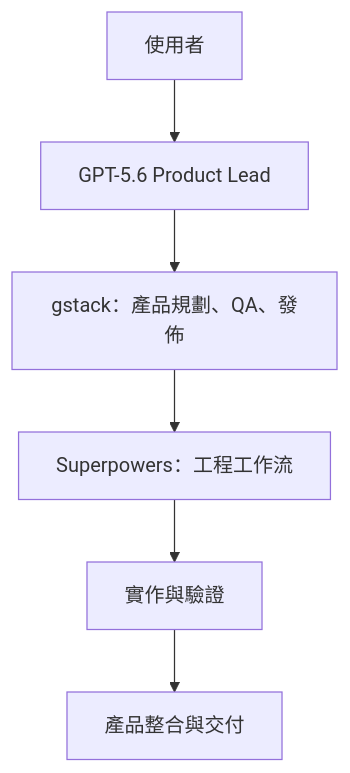
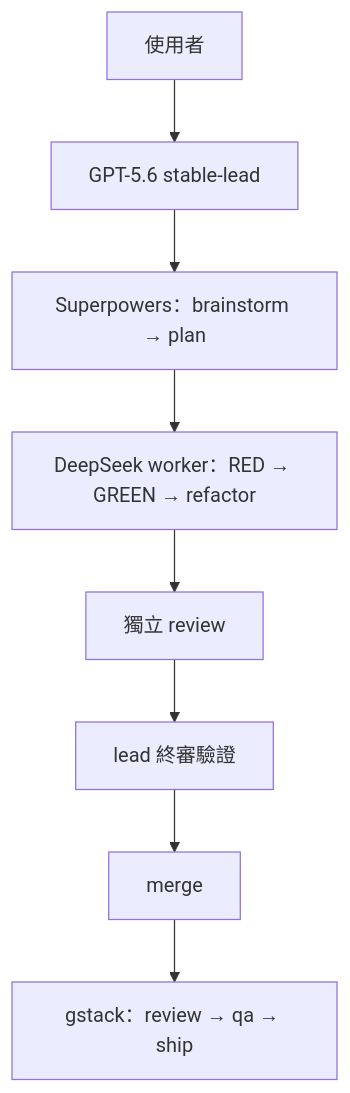
The first of 2 diagrams in README.md (hh123456tw/ai-dev-workflow-kit), drawn with Mermaid before and after one commit. The commit also changed other lines of this file, not shown here.

````diff
--- a/README.md
+++ b/README.md
@@ -21,8 +25,10 @@
 ```mermaid
 flowchart TD
-  U[使用者] --> L[GPT-5.6 Product Lead]
-  L --> G[gstack：產品規劃、QA、發佈]
-  G --> S[Superpowers：工程工作流]
-  S --> I[實作與驗證]
-  I --> R[產品整合與交付]
+  U[使用者] --> L[GPT-5.6 stable-lead]
+  L --> B[Superpowers：brainstorm → plan]
+  B --> W[DeepSeek worker：RED → GREEN → refactor]
+  W --> R[獨立 review]
+  R --> V[lead 終審驗證]
+  V --> M[merge]
+  M --> G[gstack：review → qa → ship]
 ```
````
